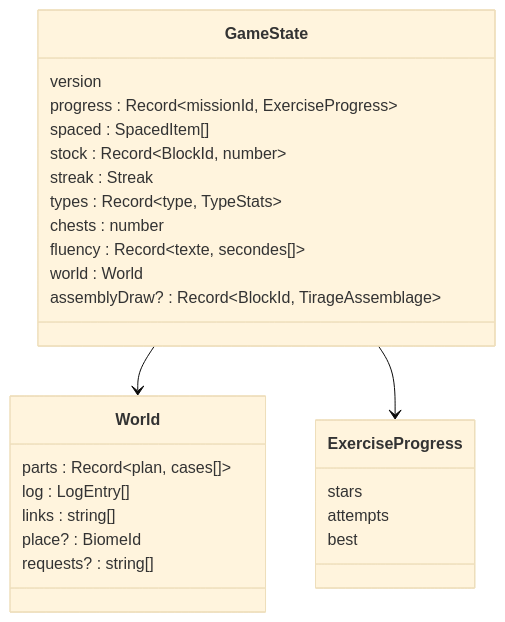
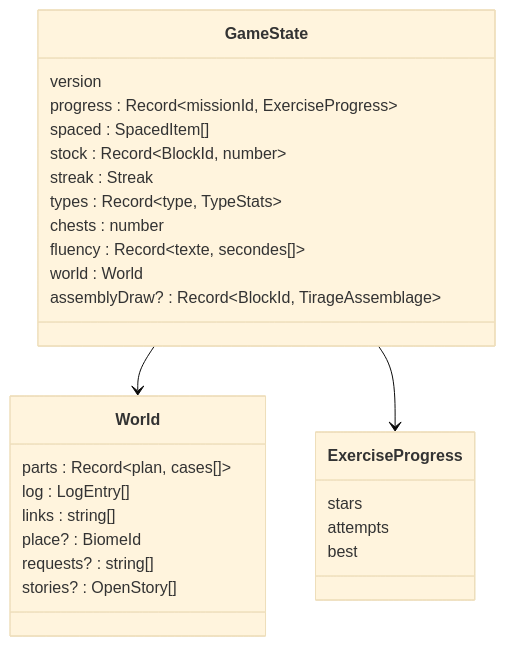
The first of 4 diagrams in docs/architecture/partie.md (g7ed6e/dysapps), drawn with Mermaid (base theme) before and after one commit. The commit also changed other lines of this file and 42 other files, not shown here.

````diff
--- a/docs/architecture/partie.md
+++ b/docs/architecture/partie.md
@@ -7,29 +7,30 @@
 ```mermaid
 classDiagram
   class GameState {
     version
     progress : Record~missionId, ExerciseProgress~
     spaced : SpacedItem[]
     stock : Record~BlockId, number~
     streak : Streak
     types : Record~type, TypeStats~
     chests : number
     fluency : Record~texte, secondes[]~
     world : World
     assemblyDraw? : Record~BlockId, TirageAssemblage~
   }
   class World {
     parts : Record~plan, cases[]~
     log : LogEntry[]
     links : string[]
     place? : BiomeId
     requests? : string[]
+    stories? : OpenStory[]
   }
   class ExerciseProgress {
     stars
     attempts
     best
   }
   GameState --> World
   GameState --> ExerciseProgress
 ```
````
